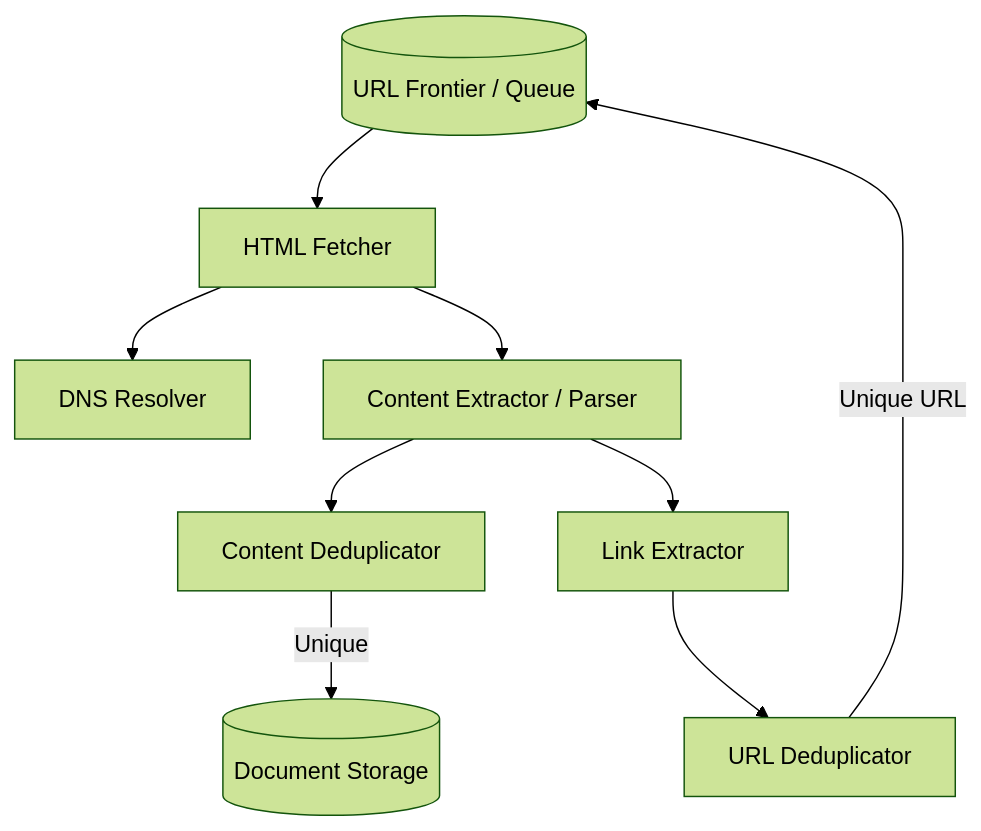
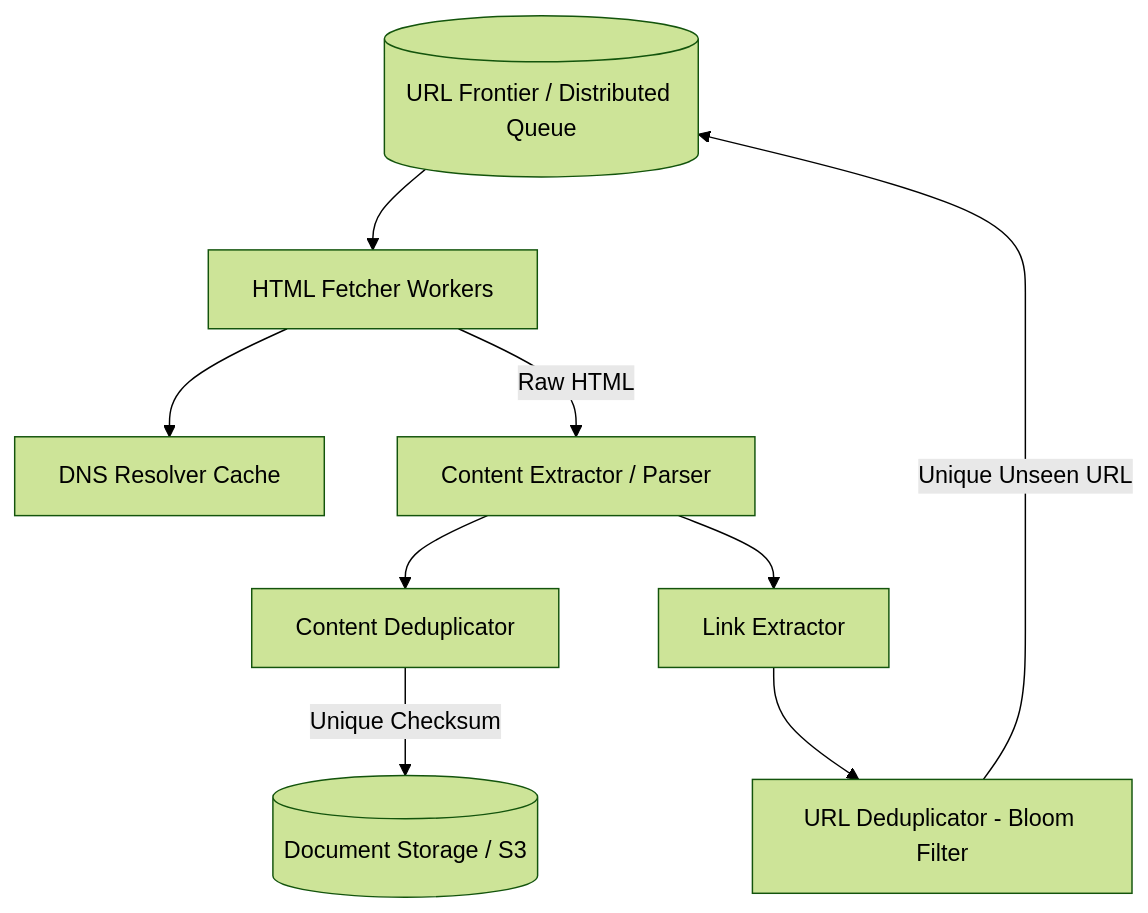
Before and after one commit to Ankur-glitchtracer/docs: the diagram in system_design_hld/architectures/utilities/WEB_CRAWLER.md, drawn with Mermaid (forest theme). The commit also changed other lines of this file and 277 other files, not shown here.

````diff
--- a/system_design_hld/architectures/utilities/WEB_CRAWLER.md
+++ b/system_design_hld/architectures/utilities/WEB_CRAWLER.md
@@ -19,15 +67,15 @@
 ```mermaid
 graph TD
-    Frontier[(URL Frontier / Queue)] --> Fetcher[HTML Fetcher]
-    Fetcher --> DNS[DNS Resolver]
+    Frontier[(URL Frontier / Distributed Queue)] --> Fetcher[HTML Fetcher Workers]
+    Fetcher --> DNS[DNS Resolver Cache]
     
-    Fetcher --> Extractor[Content Extractor / Parser]
+    Fetcher -->|Raw HTML| Extractor[Content Extractor / Parser]
     
     Extractor --> DupContent[Content Deduplicator]
-    DupContent -->|Unique| Blob[(Document Storage)]
+    DupContent -->|Unique Checksum| Blob[(Document Storage / S3)]
     
     Extractor --> LinkExt[Link Extractor]
-    LinkExt --> DupURL[URL Deduplicator]
+    LinkExt --> DupURL[URL Deduplicator - Bloom Filter]
     
-    DupURL -->|Unique URL| Frontier
+    DupURL -->|Unique Unseen URL| Frontier
 ```
````
